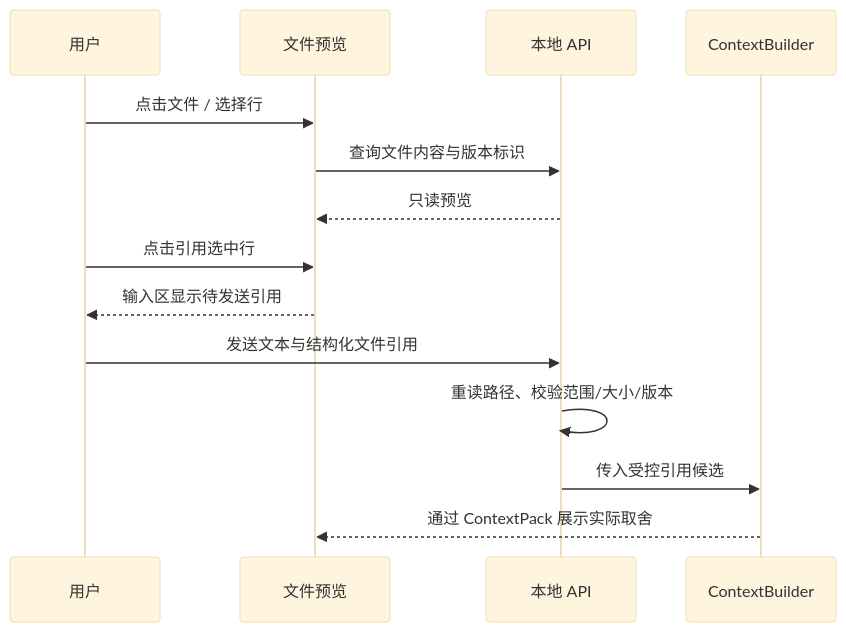
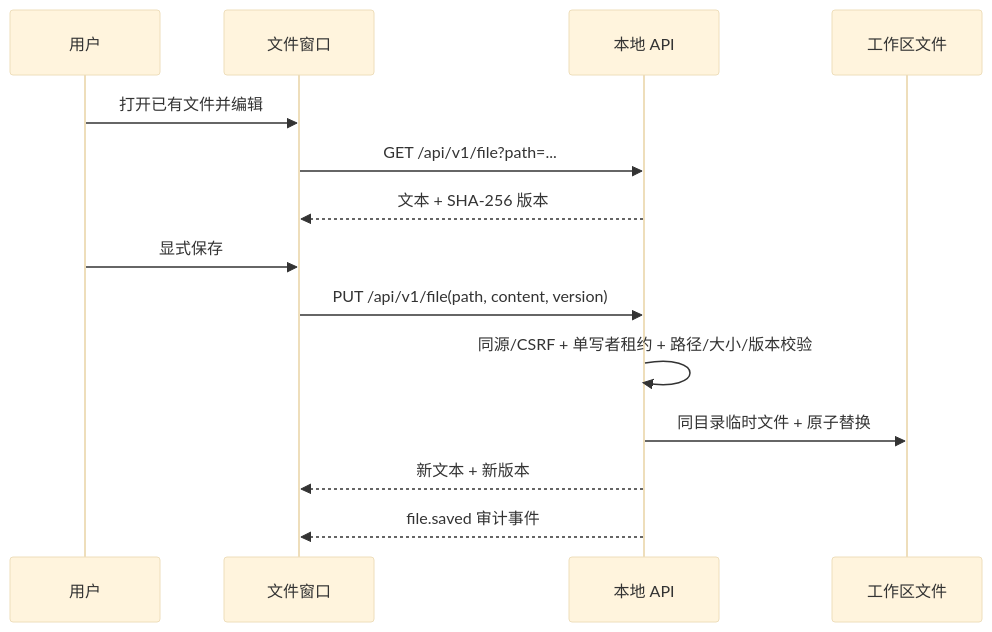
The second of 2 diagrams in docs/agent/modules/ui/workspace.md (hfqf/figo-agent), drawn with Mermaid (base theme) before and after one commit. The commit also changed other lines of this file and 16 other files, not shown here.

````diff
--- a/docs/agent/modules/ui/workspace.md
+++ b/docs/agent/modules/ui/workspace.md
@@ -50,16 +37,16 @@
 ```mermaid
 sequenceDiagram
   participant U as 用户
-  participant UI as 文件预览
+  participant W as 文件窗口
   participant API as 本地 API
-  participant C as ContextBuilder
-  U->>UI: 点击文件 / 选择行
-  UI->>API: 查询文件内容与版本标识
-  API-->>UI: 只读预览
-  U->>UI: 点击引用选中行
-  UI-->>U: 输入区显示待发送引用
-  U->>API: 发送文本与结构化文件引用
-  API->>API: 重读路径、校验范围/大小/版本
-  API->>C: 传入受控引用候选
-  C-->>UI: 通过 ContextPack 展示实际取舍
+  participant FS as 工作区文件
+  U->>W: 打开已有文件并编辑
+  W->>API: GET /api/v1/file?path=...
+  API-->>W: 文本 + SHA-256 版本
+  U->>W: 显式保存
+  W->>API: PUT /api/v1/file(path, content, version)
+  API->>API: 同源/CSRF + 单写者租约 + 路径/大小/版本校验
+  API->>FS: 同目录临时文件 + 原子替换
+  API-->>W: 新文本 + 新版本
+  API-->>W: file.saved 审计事件
 ```
````
